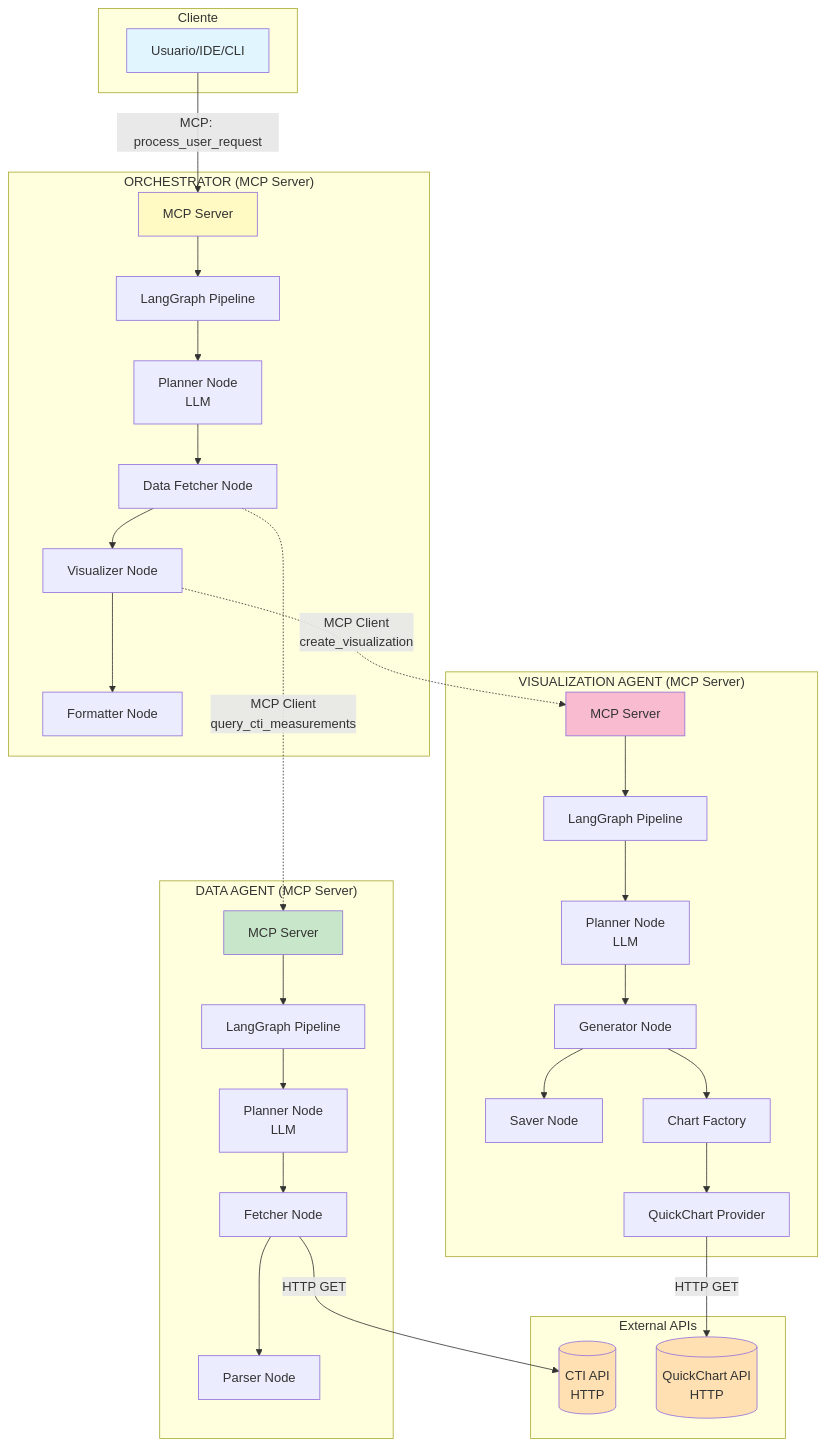
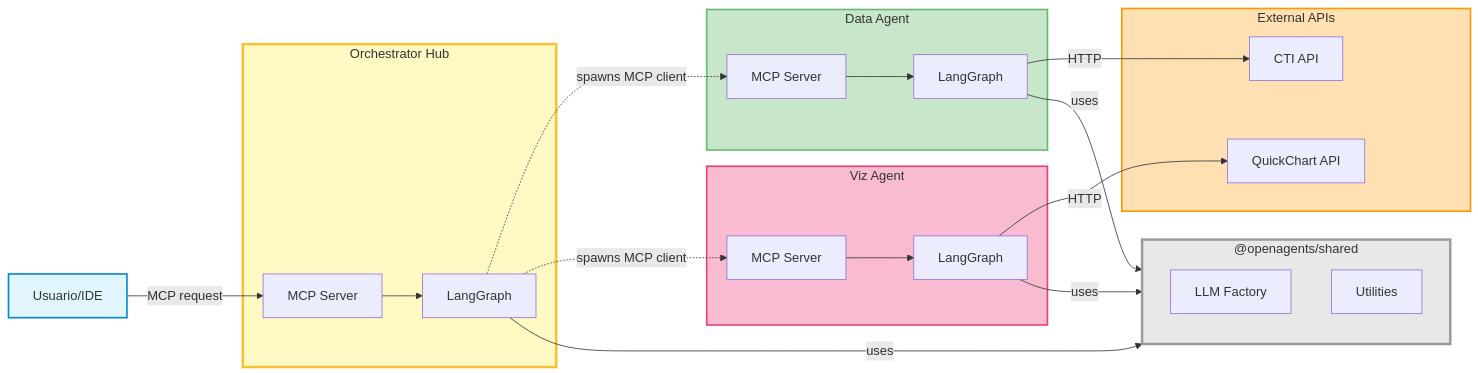
One commit to ahiguerat/openAgents changed the first of 9 diagrams in docs/layers/03-core/03-core-mvp.md. Above: the diagram before and after it, drawn with Mermaid. The commit also changed other lines of this file and 34 other files, not shown here.

````diff
--- a/docs/layers/03-core/03-core-mvp.md
+++ b/docs/layers/03-core/03-core-mvp.md
@@ -38,72 +38,52 @@
 ```mermaid
-graph TB
-
-  subgraph Cliente
-        User[Usuario/IDE/CLI]
-    end
-
-    subgraph Orchestrator["ORCHESTRATOR (MCP Server)"]
+graph LR
+    User[Usuario/IDE]
+    
+    subgraph Orchestrator["Orchestrator Hub"]
         OrchestratorMCP[MCP Server]
-        OrchestratorGraph[LangGraph Pipeline]
-        Planner[Planner Node<br/>LLM]
-        DataFetcher[Data Fetcher Node]
-        Visualizer[Visualizer Node]
-        Formatter[Formatter Node]
-        
-        OrchestratorMCP --> OrchestratorGraph
-        OrchestratorGraph --> Planner
-        Planner --> DataFetcher
-        DataFetcher --> Visualizer
-        Visualizer --> Formatter
+        OrchestratorGraph[LangGraph]
     end
     
-    subgraph VizAgent["VISUALIZATION AGENT (MCP Server)"]
+    subgraph DataAgent["Data Agent"]
+        DataMCP[MCP Server]
+        DataGraph[LangGraph]
+    end
+    
+    subgraph VizAgent["Viz Agent"]
         VizMCP[MCP Server]
-        VizGraph[LangGraph Pipeline]
-        VizPlanner[Planner Node<br/>LLM]
-        Generator[Generator Node]
-        Saver[Saver Node]
-        Factory[Chart Factory]
-        QuickChart[QuickChart Provider]
-        
-        VizMCP --> VizGraph
-        VizGraph --> VizPlanner
-        VizPlanner --> Generator
-        Generator --> Factory
-        Factory --> QuickChart
-        Generator --> Saver
+        VizGraph[LangGraph]
+    end
+    
+    subgraph Shared["@openagents/shared"]
+        LLM[LLM Factory]
+        Utils[Utilities]
     end
     
     subgraph External["External APIs"]
-        CTIAPI[(CTI API<br/>HTTP)]
-        QuickChartAPI[(QuickChart API<br/>HTTP)]
+        CTIAPI[CTI API]
+        QuickChartAPI[QuickChart API]
     end
-
-    subgraph DataAgent["DATA AGENT (MCP Server)"]
-        DataMCP[MCP Server]
-        DataGraph[LangGraph Pipeline]
-        DataPlanner[Planner Node<br/>LLM]
-        Fetcher[Fetcher Node]
-        Parser[Parser Node]
-        
-        DataMCP --> DataGraph
-        DataGraph --> DataPlanner
-        DataPlanner --> Fetcher
-        Fetcher --> Parser
-    end
-
-    Visualizer -.->|"MCP Client<br/>create_visualization"| VizMCP
-    User -->|"MCP: process_user_request"| OrchestratorMCP
-    DataFetcher -.->|"MCP Client<br/>query_cti_measurements"| DataMCP
     
+    User -->|MCP request| OrchestratorMCP
+    OrchestratorMCP --> OrchestratorGraph
     
-    QuickChart -->|HTTP GET| QuickChartAPI
-    Fetcher -->|HTTP GET| CTIAPI
+    OrchestratorGraph -.->|spawns MCP client| DataMCP
+    OrchestratorGraph -.->|spawns MCP client| VizMCP
     
-    style User fill:#e1f5ff
-    style OrchestratorMCP fill:#fff9c4
-    style DataMCP fill:#c8e6c9
-    style VizMCP fill:#f8bbd0
-    style CTIAPI fill:#ffe0b2
-    style QuickChartAPI fill:#ffe0b2
+    DataMCP --> DataGraph
+    VizMCP --> VizGraph
+    
+    OrchestratorGraph -->|uses| Shared
+    DataGraph -->|uses| Shared
+    VizGraph -->|uses| Shared
+    
+    DataGraph -->|HTTP| CTIAPI
+    VizGraph -->|HTTP| QuickChartAPI
+    
+    style User fill:#e1f5ff,stroke:#0288d1,stroke-width:2px
+    style Orchestrator fill:#fff9c4,stroke:#fbc02d,stroke-width:3px
+    style DataAgent fill:#c8e6c9,stroke:#66bb6a,stroke-width:2px
+    style VizAgent fill:#f8bbd0,stroke:#ec407a,stroke-width:2px
+    style Shared fill:#e8e8e8,stroke:#999,stroke-width:3px
+    style External fill:#ffe0b2,stroke:#ff9800,stroke-width:2px
 ```
````
